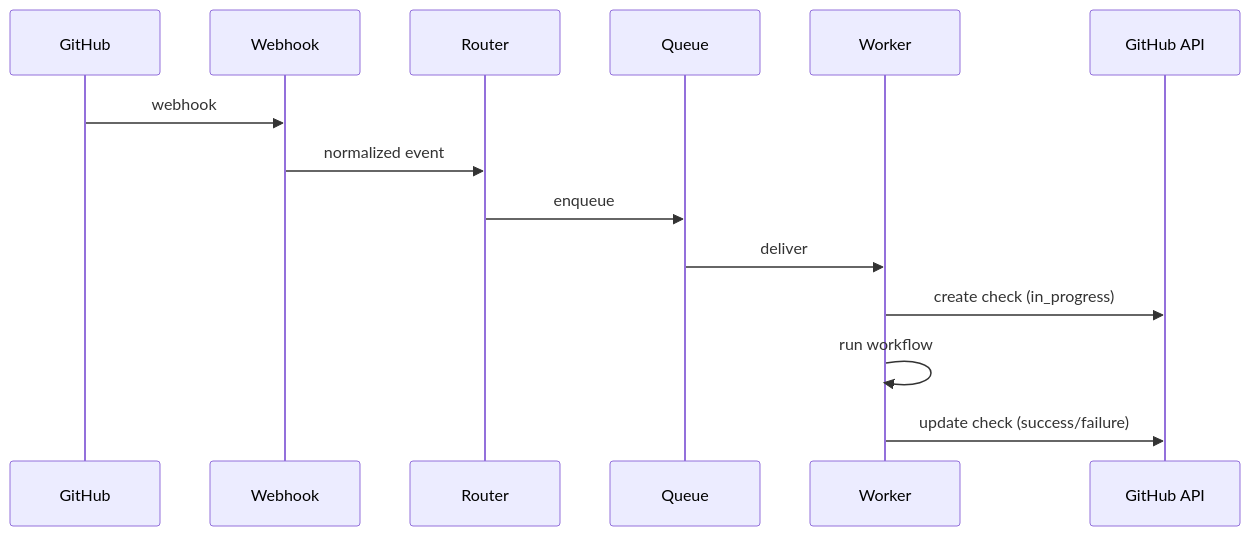
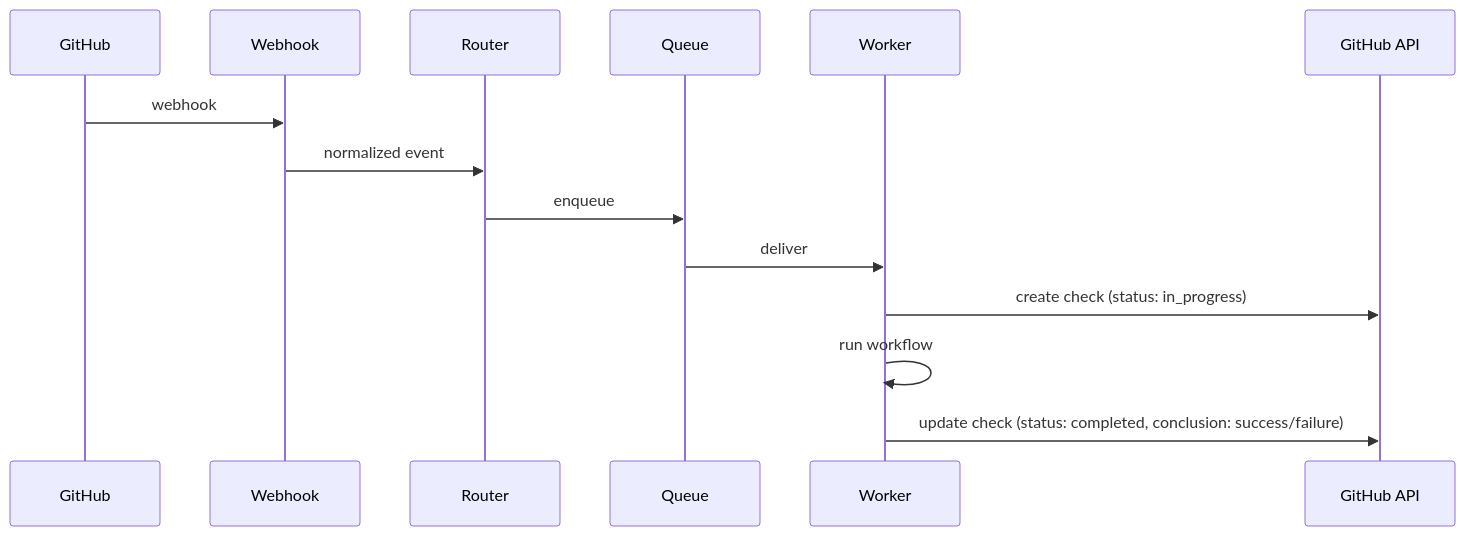
Before and after one commit to bwalsh/github-app: the second of 2 diagrams in docs/adr/0001-multi-tenant-github-app.md, drawn with Mermaid. The commit also changed other lines of this file, not shown here.

First line of the commit message:
fix: correct Checks API lifecycle wording in ADR 0001

````diff
--- a/docs/adr/0001-multi-tenant-github-app.md
+++ b/docs/adr/0001-multi-tenant-github-app.md
@@ -119,17 +119,17 @@
 ```mermaid
 sequenceDiagram
     participant GH as GitHub
     participant WH as Webhook
     participant RT as Router
     participant Q as Queue
     participant WK as Worker
     participant API as GitHub API
 
     GH->>WH: webhook
     WH->>RT: normalized event
     RT->>Q: enqueue
     Q->>WK: deliver
-    WK->>API: create check (in_progress)
+    WK->>API: create check (status: in_progress)
     WK->>WK: run workflow
-    WK->>API: update check (success/failure)
+    WK->>API: update check (status: completed, conclusion: success/failure)
 ```
````
